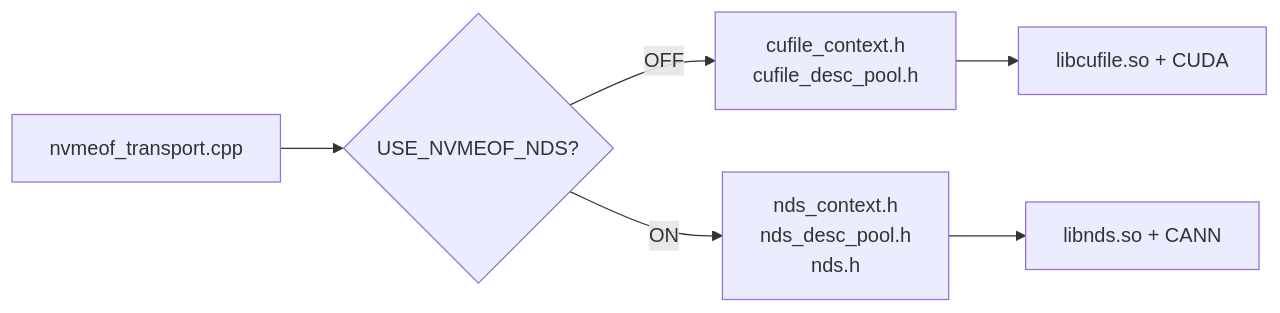
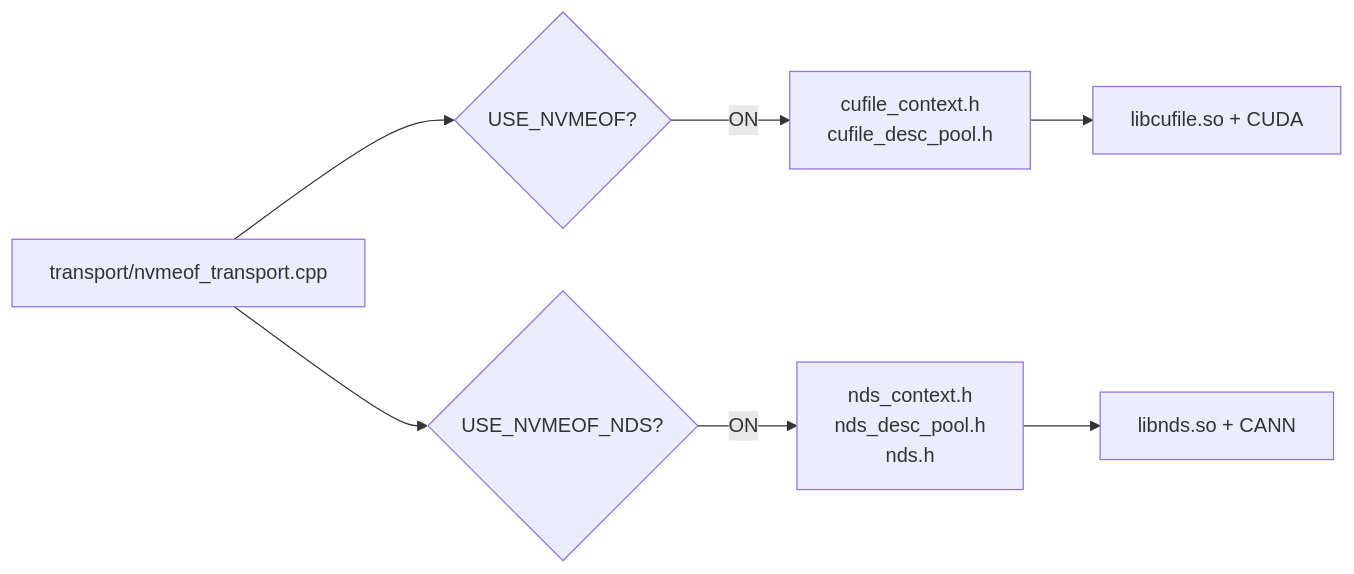
The second of 17 diagrams in docs/rfc-nds-nvmeof-transport-cn.md (yz53665/Mooncake), drawn with Mermaid before and after one commit. The commit also changed other lines of this file, not shown here.

````diff
--- a/docs/rfc-nds-nvmeof-transport-cn.md
+++ b/docs/rfc-nds-nvmeof-transport-cn.md
@@ -114,8 +114,9 @@
 ```mermaid
 flowchart LR
-    SRC[nvmeof_transport.cpp] --> IS_NDS{USE_NVMEOF_NDS?}
-    IS_NDS -->|OFF| INC_GDS[cufile_context.h<br/>cufile_desc_pool.h]
+    SRC[transport/nvmeof_transport.cpp] --> IS_GDS{USE_NVMEOF?}
+    SRC --> IS_NDS{USE_NVMEOF_NDS?}
+    IS_GDS -->|ON| INC_GDS[cufile_context.h<br/>cufile_desc_pool.h]
     IS_NDS -->|ON| INC_NDS[nds_context.h<br/>nds_desc_pool.h<br/>nds.h]
     INC_GDS --> LINK_GDS[libcufile.so + CUDA]
     INC_NDS --> LINK_NDS[libnds.so + CANN]
 ```
````
